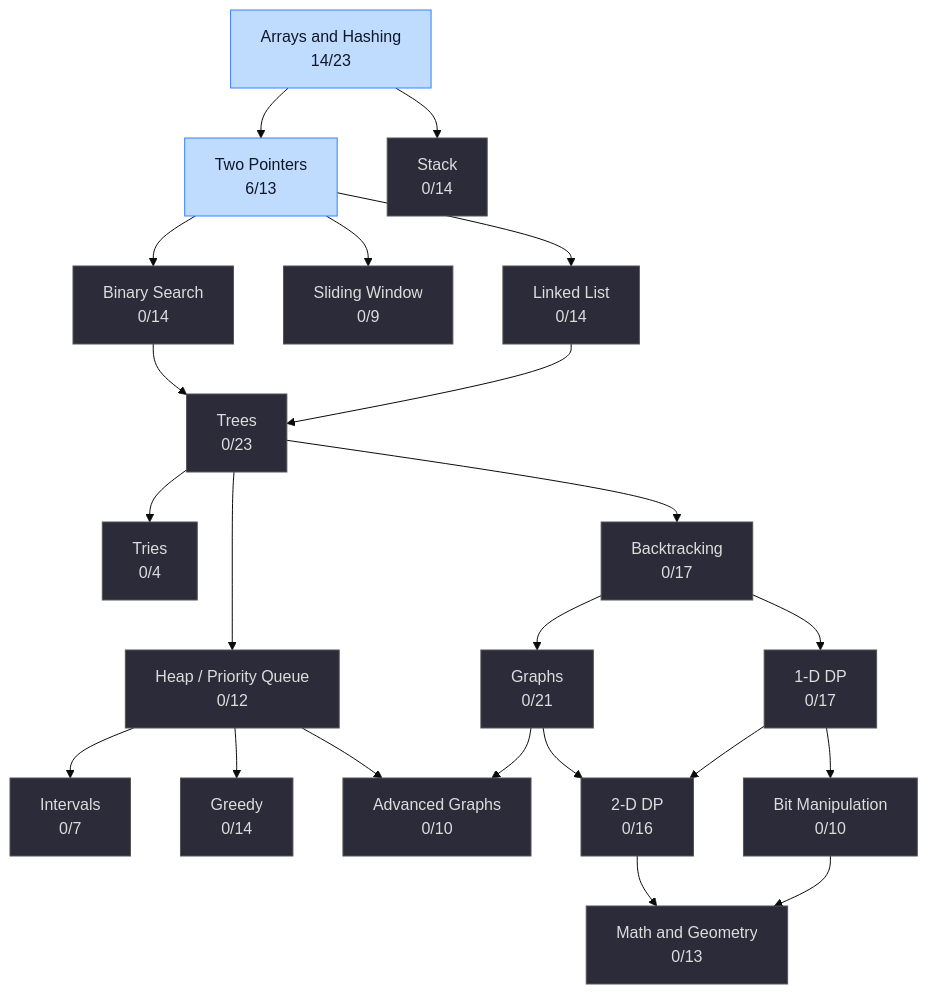
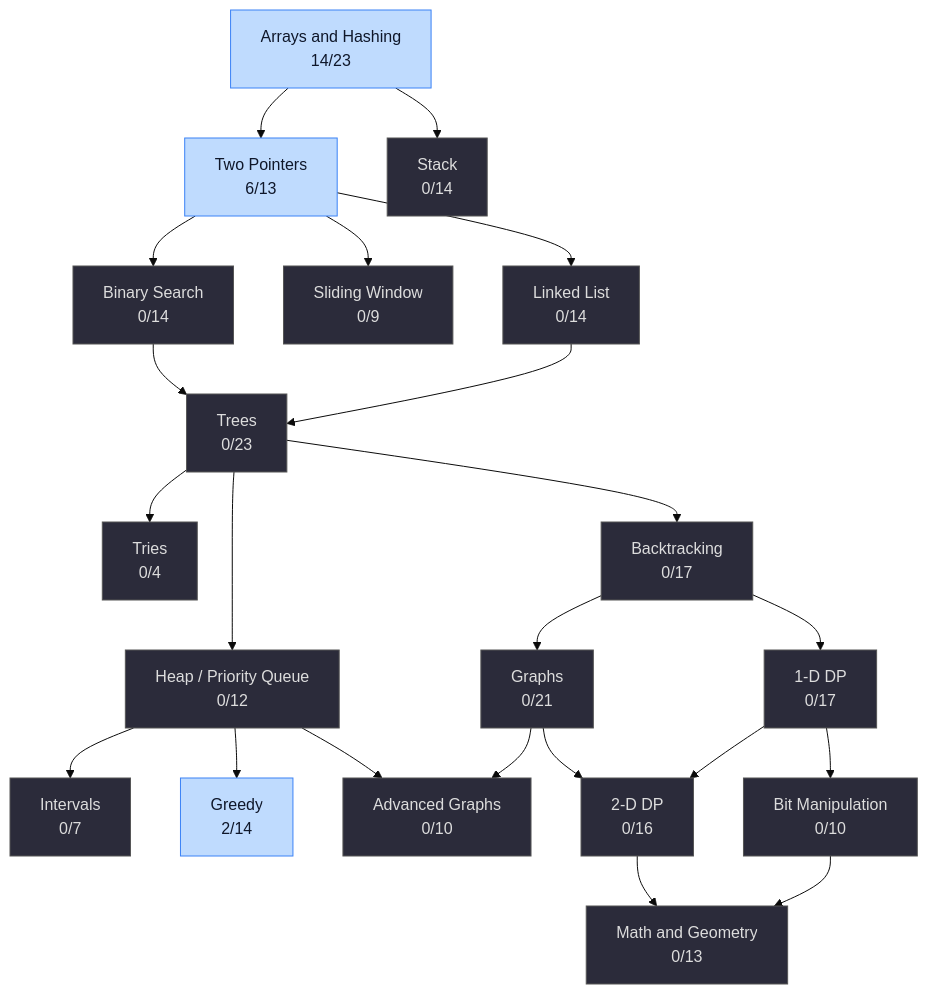
The diagram in LeetCode/README.md (DevsLuca/Studies), drawn with Mermaid (base theme) before and after one commit. The commit also changed other lines of this file, not shown here.

````diff
--- a/LeetCode/README.md
+++ b/LeetCode/README.md
@@ -8,47 +8,47 @@
 ```mermaid
 graph TD
   AH["Arrays and Hashing<br/>14/23"]:::doing
   TP["Two Pointers<br/>6/13"]:::doing
   SW["Sliding Window<br/>0/9"]:::todo
   ST["Stack<br/>0/14"]:::todo
   BS["Binary Search<br/>0/14"]:::todo
   LL["Linked List<br/>0/14"]:::todo
   TR["Trees<br/>0/23"]:::todo
   HP["Heap / Priority Queue<br/>0/12"]:::todo
   BT["Backtracking<br/>0/17"]:::todo
   TRI["Tries<br/>0/4"]:::todo
   GP["Graphs<br/>0/21"]:::todo
   AG["Advanced Graphs<br/>0/10"]:::todo
   DP1["1-D DP<br/>0/17"]:::todo
   DP2["2-D DP<br/>0/16"]:::todo
-  GR["Greedy<br/>0/14"]:::todo
+  GR["Greedy<br/>2/14"]:::doing
   IN["Intervals<br/>0/7"]:::todo
   MG["Math and Geometry<br/>0/13"]:::todo
   BM["Bit Manipulation<br/>0/10"]:::todo
 
   AH --> TP
   AH --> ST
   TP --> BS
   TP --> SW
   TP --> LL
   BS --> TR
   LL --> TR
   TR --> TRI
   TR --> HP
   TR --> BT
   HP --> IN
   HP --> GR
   HP --> AG
   BT --> GP
   BT --> DP1
   GP --> AG
   GP --> DP2
   DP1 --> DP2
   DP1 --> BM
   DP2 --> MG
   BM --> MG
 
   classDef todo fill:#2b2b3a,stroke:#555,color:#ddd
   classDef doing fill:#bfdbfe,stroke:#3b82f6,color:#0f172a
   classDef done fill:#14532d,stroke:#22c55e,color:#fff
 ```
````
